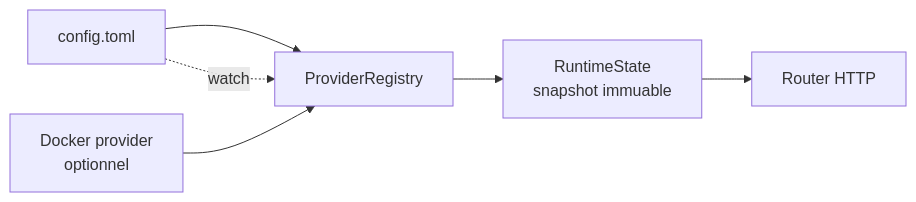
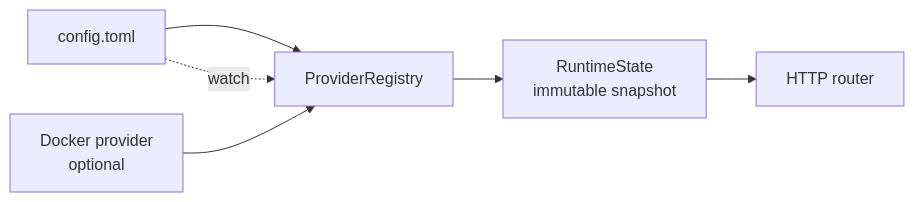
Before and after one commit to Synapsr/Localify: the fifth of 7 diagrams in docs/localify-technical-overview.md, drawn with Mermaid. The commit also changed other lines of this file and 5 other files, not shown here.

````diff
--- a/docs/localify-technical-overview.md
+++ b/docs/localify-technical-overview.md
@@ -213,14 +239,14 @@
 ```mermaid
 flowchart LR
   Config["config.toml"]
-  Docker["Docker provider<br/>optionnel"]
+  Docker["Docker provider<br/>optional"]
   Registry["ProviderRegistry"]
-  State["RuntimeState<br/>snapshot immuable"]
-  Router["Router HTTP"]
+  State["RuntimeState<br/>immutable snapshot"]
+  Router["HTTP router"]
 
   Config --> Registry
   Docker --> Registry
   Registry --> State
   State --> Router
   Config -.watch.-> Registry
 ```
````
